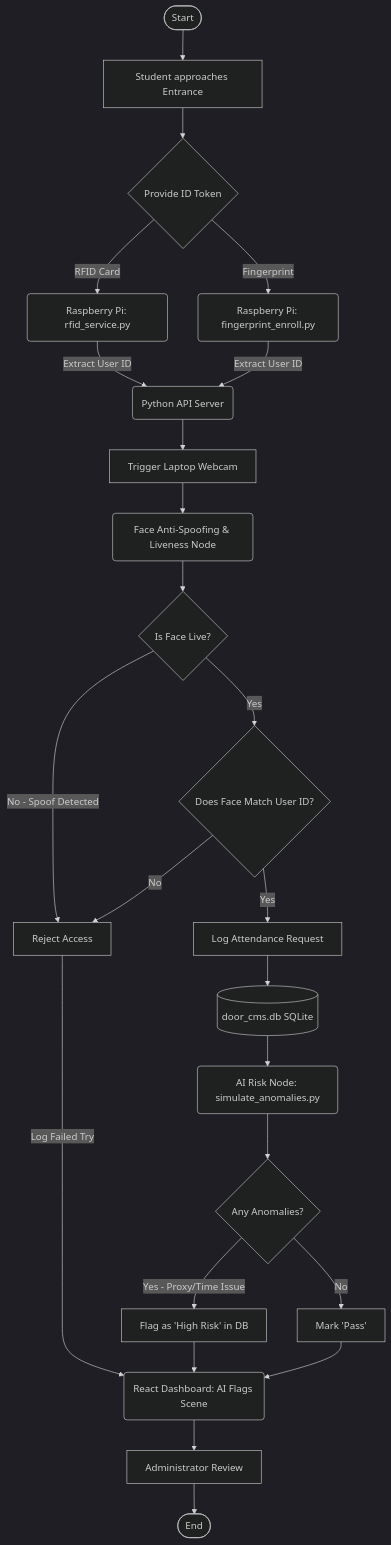
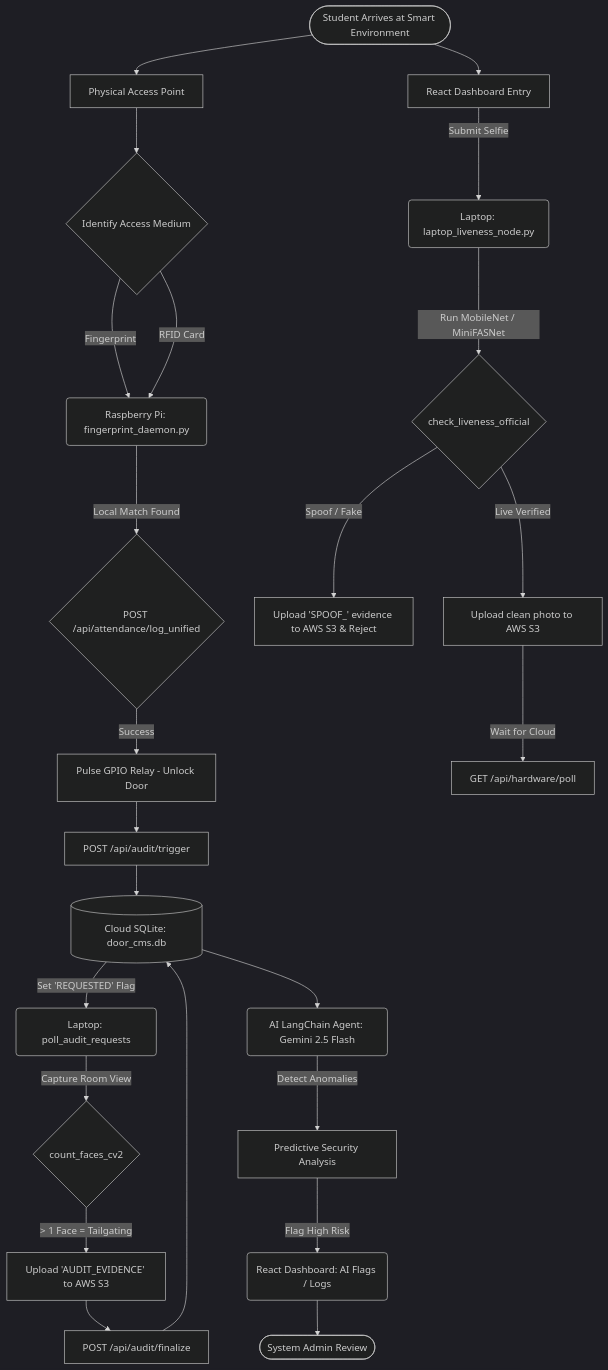
The seventh of 8 diagrams in Blackbook_Draft.md (Gautam2665/Smart-campus-access-and-attendance-system), drawn with Mermaid (dark theme) before and after one commit. The commit also changed 4 other files, not shown here.

````diff
--- a/Blackbook_Draft.md
+++ b/Blackbook_Draft.md
@@ -215,34 +215,37 @@
 ```mermaid
 flowchart TD
-    Start([Start]) --> Edge[Student approaches Entrance]
-    Edge --> Input{Provide ID Token}
-    Input -->|RFID Card| Pi1(Raspberry Pi: rfid_service.py)
-    Input -->|Fingerprint| Pi2(Raspberry Pi: fingerprint_enroll.py)
+    Start([Student Arrives at Smart Environment])
     
-    Pi1 -->|Extract User ID| API(Python API Server)
-    Pi2 -->|Extract User ID| API
+    %% BRANCH 1: FINGERPRINT / RFID ENTRY (DOOR EDGE)
+    Start --> Edge[Physical Access Point]
+    Edge --> Node1{Identify Access Medium}
+    Node1 -->|Fingerprint| Pi(Raspberry Pi: fingerprint_daemon.py)
+    Node1 -->|RFID Card| Pi
     
-    API --> FaceCap[Trigger Laptop Webcam]
-    FaceCap --> Liveness(Face Anti-Spoofing & Liveness Node)
+    Pi -->|Local Match Found| CloudLog{POST /api/attendance/log_unified}
+    CloudLog -->|Success| Door[Pulse GPIO Relay - Unlock Door]
+    Door --> Audit[POST /api/audit/trigger]
+    Audit --> DB[(Cloud SQLite: door_cms.db)]
     
-    Liveness --> SpoofCheck{Is Face Live?}
-    SpoofCheck -->|No - Spoof Detected| Reject[Reject Access]
+    %% BRANCH 2: LAPTOP FACE LIVENESS (TERMINAL EDGE)
+    Start --> WebApp[React Dashboard Entry]
+    WebApp -->|Submit Selfie| Webcam(Laptop: laptop_liveness_node.py)
     
-    SpoofCheck -->|Yes| FaceMatch{Does Face Match User ID?}
-    FaceMatch -->|No| Reject
-    FaceMatch -->|Yes| Log[Log Attendance Request]
+    Webcam -->|Run MobileNet / MiniFASNet| Liveness{check_liveness_official}
+    Liveness -->|Spoof / Fake| Reject1[Upload 'SPOOF_' evidence to AWS S3 & Reject]
+    Liveness -->|Live Verified| Sync[Upload clean photo to AWS S3]
+    Sync -->|Wait for Cloud| Poll[GET /api/hardware/poll]
     
-    Log --> DB[(door_cms.db SQLite)]
-    DB --> Analytics(AI Risk Node: simulate_anomalies.py)
+    %% INTELLIGENCE & AUDIT LAYER
+    DB --> |Set 'REQUESTED' Flag| CCTVCatcher(Laptop: poll_audit_requests)
+    CCTVCatcher --> |Capture Room View| FaceCounter{count_faces_cv2}
+    FaceCounter --> |> 1 Face = Tailgating| Evidence[Upload 'AUDIT_EVIDENCE' to AWS S3]
+    Evidence --> Finalize[POST /api/audit/finalize]
+    Finalize --> DB
     
-    Analytics --> RiskCheck{Any Anomalies?}
-    RiskCheck -->|Yes - Proxy/Time Issue| Flag[Flag as 'High Risk' in DB]
-    RiskCheck -->|No| Clean[Mark 'Pass']
-    
-    Flag --> Dash(React Dashboard: AI Flags Scene)
-    Clean --> Dash
-    Reject -->|Log Failed Try| Dash
-    
-    Dash --> Admin[Administrator Review]
-    Admin --> End([End])
+    %% DASHBOARD & AI RISK AGENT
+    DB --> AIRisk(AI LangChain Agent: Gemini 2.5 Flash)
+    AIRisk -->|Detect Anomalies| Analyze[Predictive Security Analysis]
+    Analyze -->|Flag High Risk| ReactUI(React Dashboard: AI Flags / Logs)
+    ReactUI --> Admin([System Admin Review])
 ```
````
